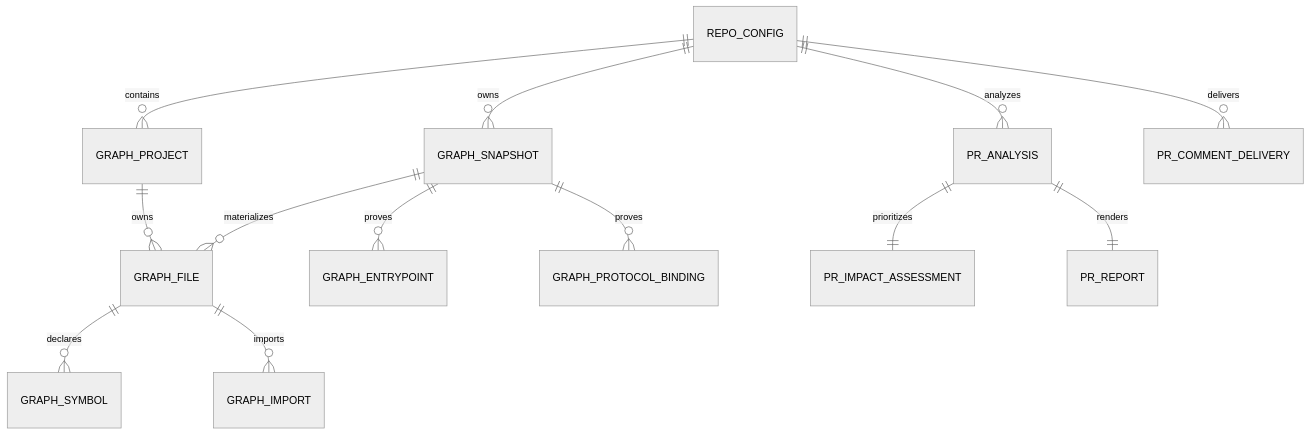
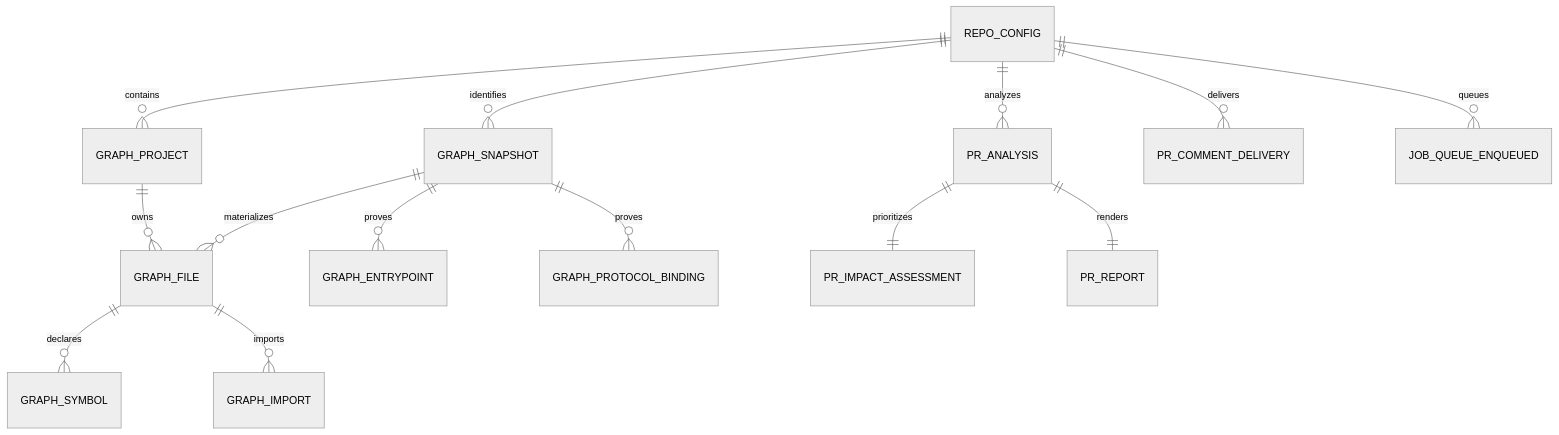
The third of 3 diagrams in docs/ARCHITECTURE.md (naeemdadi/impact-analysis), drawn with Mermaid (neutral theme) before and after one commit. The commit also changed other lines of this file and 3 other files, not shown here.

````diff
--- a/docs/ARCHITECTURE.md
+++ b/docs/ARCHITECTURE.md
@@ -95,15 +219,16 @@
 ```mermaid
 erDiagram
-  REPO_CONFIG ||--o{ GRAPH_SNAPSHOT : owns
+  REPO_CONFIG ||--o{ GRAPH_SNAPSHOT : identifies
   REPO_CONFIG ||--o{ GRAPH_PROJECT : contains
   GRAPH_SNAPSHOT ||--o{ GRAPH_FILE : materializes
   GRAPH_PROJECT ||--o{ GRAPH_FILE : owns
   GRAPH_FILE ||--o{ GRAPH_SYMBOL : declares
   GRAPH_FILE ||--o{ GRAPH_IMPORT : imports
   GRAPH_SNAPSHOT ||--o{ GRAPH_ENTRYPOINT : proves
   GRAPH_SNAPSHOT ||--o{ GRAPH_PROTOCOL_BINDING : proves
   REPO_CONFIG ||--o{ PR_ANALYSIS : analyzes
   PR_ANALYSIS ||--|| PR_IMPACT_ASSESSMENT : prioritizes
   PR_ANALYSIS ||--|| PR_REPORT : renders
   REPO_CONFIG ||--o{ PR_COMMENT_DELIVERY : delivers
+  REPO_CONFIG ||--o{ JOB_QUEUE_ENQUEUED : queues
 ```
````
